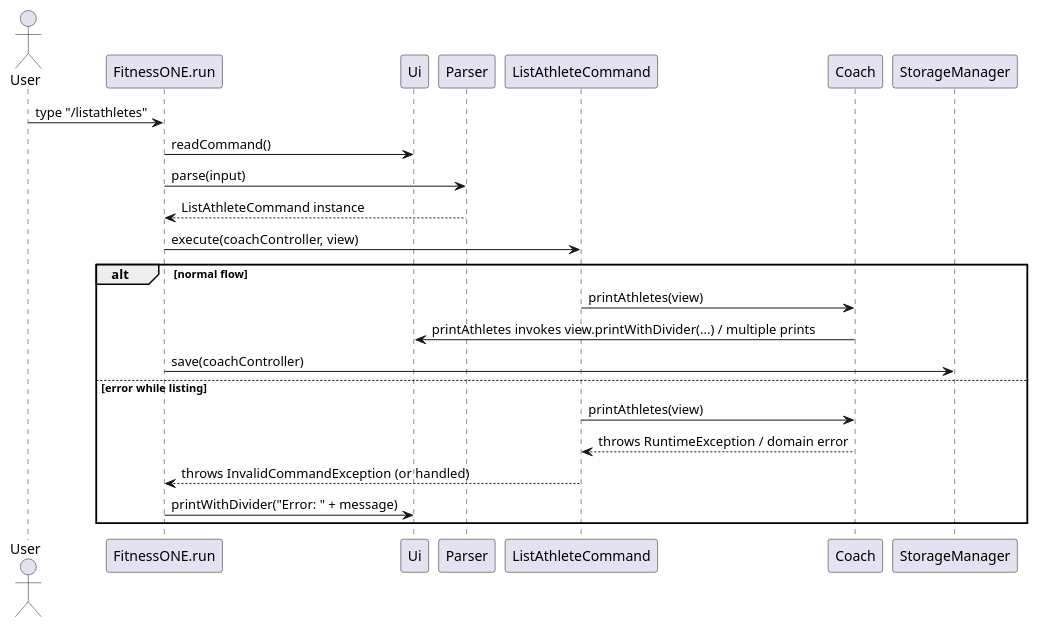
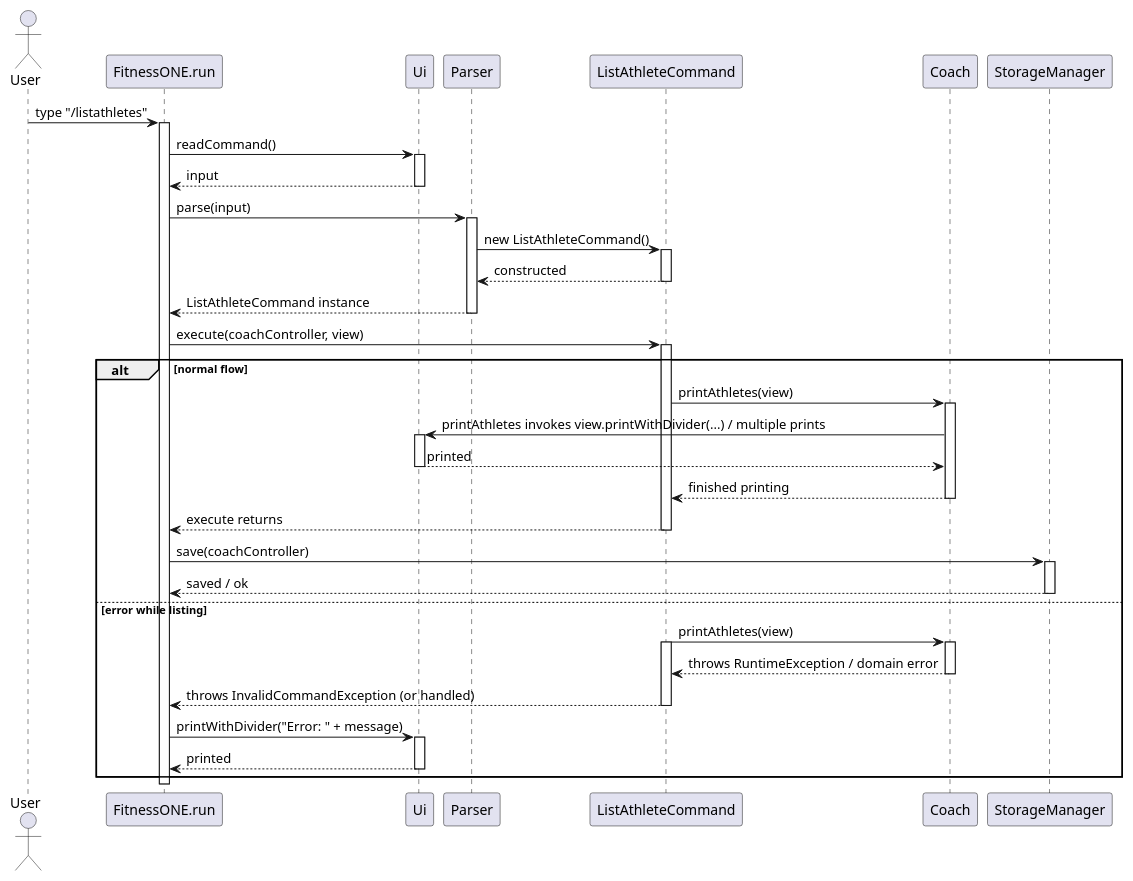
Before and after one commit to AY2526S1-CS2113-W14-1/tp: the diagram in docs/diagrams/ListAthlete_sequence.puml, drawn with PlantUML. The commit also changed 22 other files, not shown here.

Commit message:
modification after PE-dry run 1. indentation for printing new session 2. adding activation bar 3. adding exception to redundant inputs 4. adjusting inputs with extra space

```diff
--- a/docs/diagrams/ListAthlete_sequence.puml
+++ b/docs/diagrams/ListAthlete_sequence.puml
@@ -1,26 +1,63 @@
 @startuml
 actor User
 participant FitnessONE as "FitnessONE.run"
 participant Ui as "Ui"
 participant Parser as "Parser"
 participant ListCmd as "ListAthleteCommand"
 participant Coach as "Coach"
 participant Storage as "StorageManager"
 
 User -> FitnessONE : type "/listathletes"
+activate FitnessONE
+
 FitnessONE -> Ui : readCommand()
+activate Ui
+Ui --> FitnessONE : input
+deactivate Ui
+
 FitnessONE -> Parser : parse(input)
+activate Parser
+' Parser constructs the command so the activation bar is attached to the command header
+Parser -> ListCmd ++ : new ListAthleteCommand()
+ListCmd --> Parser -- : constructed
 Parser --> FitnessONE : ListAthleteCommand instance
+deactivate Parser
+
 FitnessONE -> ListCmd : execute(coachController, view)
+activate ListCmd
 
 alt normal flow
     ListCmd -> Coach : printAthletes(view)
+    activate Coach
     Coach -> Ui : printAthletes invokes view.printWithDivider(...) / multiple prints
+    activate Ui
+    Ui --> Coach : printed
+    deactivate Ui
+    Coach --> ListCmd : finished printing
+    deactivate Coach
+
+    ListCmd --> FitnessONE : execute returns
+    deactivate ListCmd
+
     FitnessONE -> Storage : save(coachController)
+    activate Storage
+    Storage --> FitnessONE : saved / ok
+    deactivate Storage
 else error while listing
     ListCmd -> Coach : printAthletes(view)
+    activate ListCmd
+    activate Coach
     Coach --> ListCmd : throws RuntimeException / domain error
+    deactivate Coach
+
     ListCmd --> FitnessONE : throws InvalidCommandException (or handled)
+    deactivate ListCmd
+
     FitnessONE -> Ui : printWithDivider("Error: " + message)
+    activate Ui
+    Ui --> FitnessONE : printed
+    deactivate Ui
 end
+
+deactivate FitnessONE
 @enduml
```
